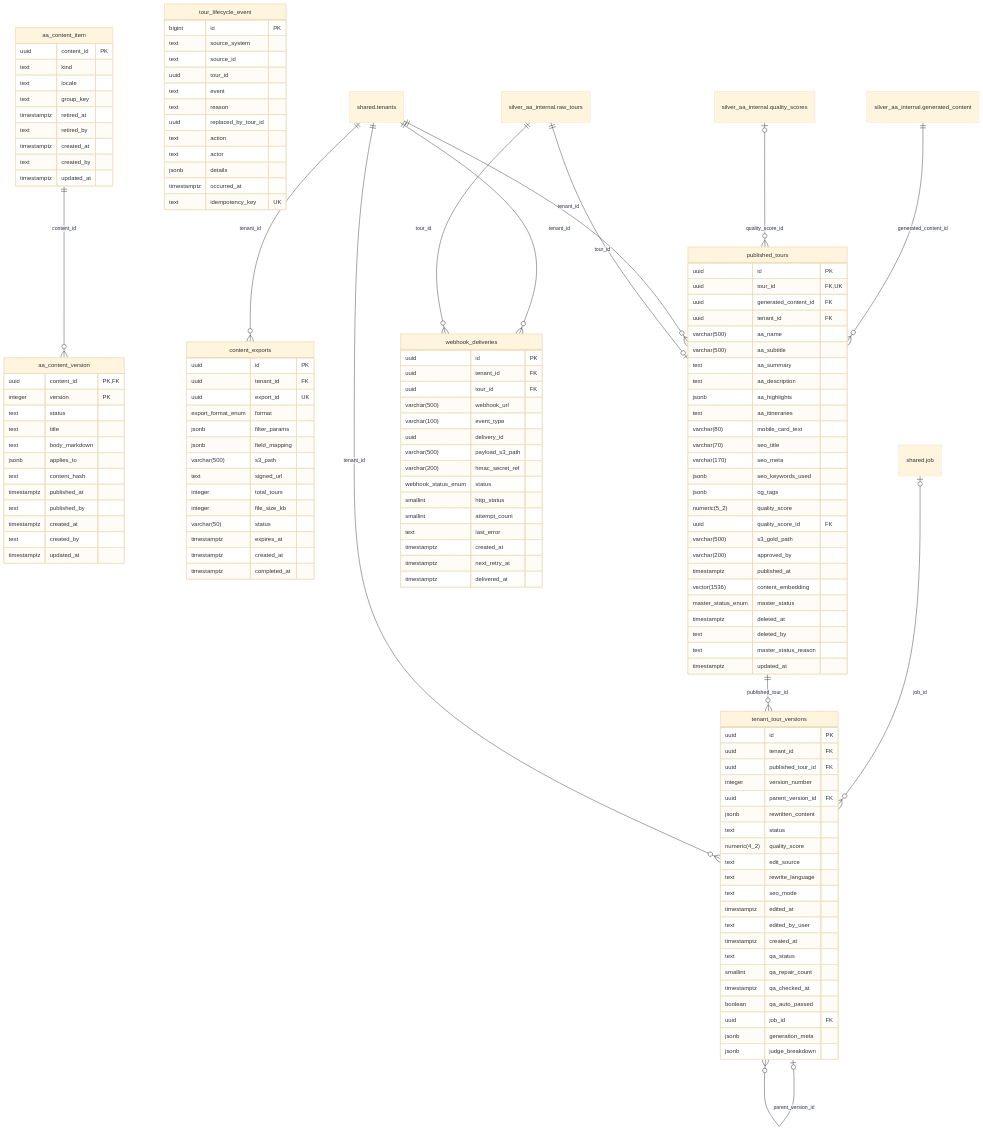
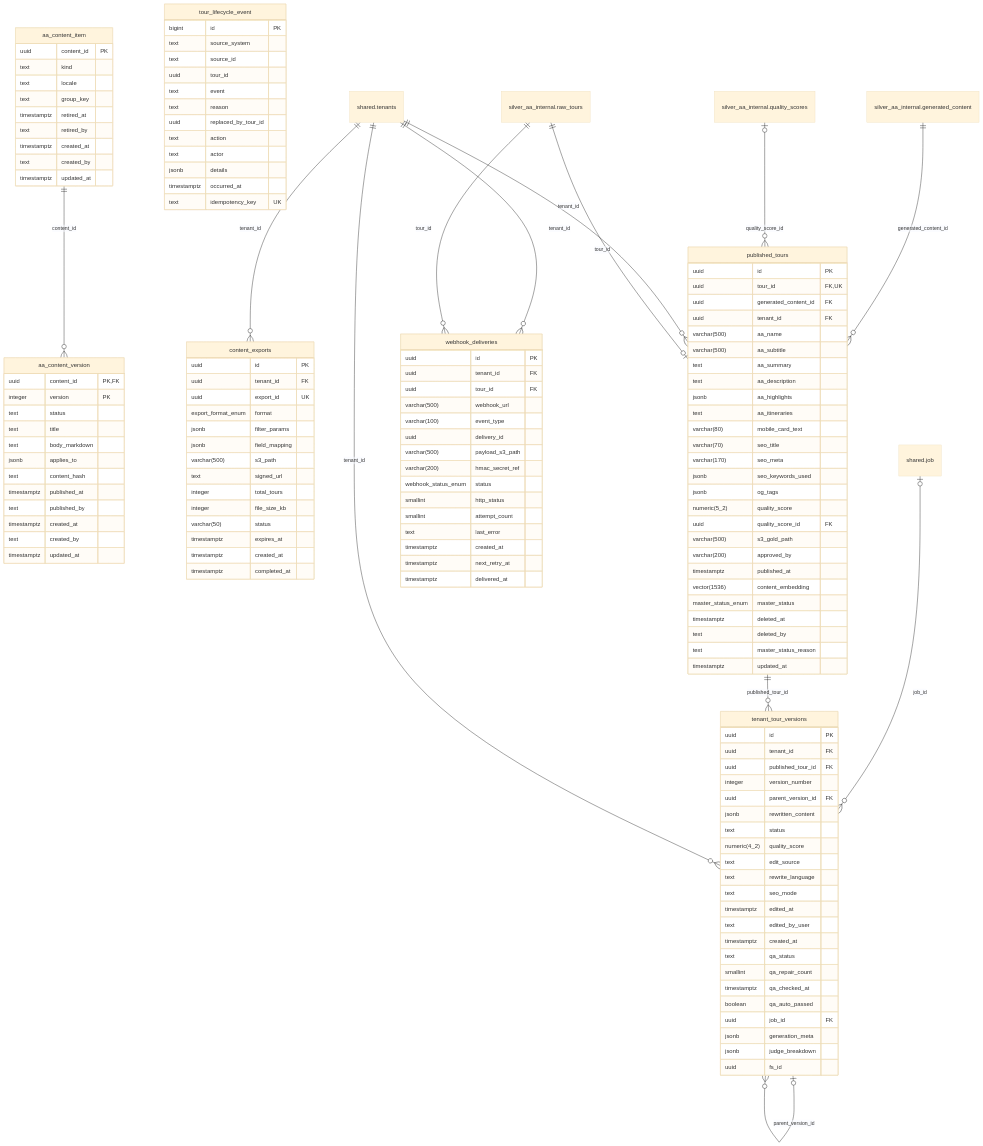
Before and after one commit to AdventureAsia365-Ecosys/AA-Ecosys: the diagram in docs/architecture/erd/gold_aa_internal.md, drawn with Mermaid (base theme). The commit also changed other lines of this file and 11 other files, not shown here.

First line of the commit message:
docs: regenerate db-schema-reference.md and the ERD pages from the live dump

```diff
--- a/docs/architecture/erd/gold_aa_internal.md
+++ b/docs/architecture/erd/gold_aa_internal.md
@@ -115,6 +115,7 @@
         uuid job_id FK
         jsonb generation_meta
         jsonb judge_breakdown
+        uuid fs_id
     }
     tour_lifecycle_event {
         bigint id PK
```
